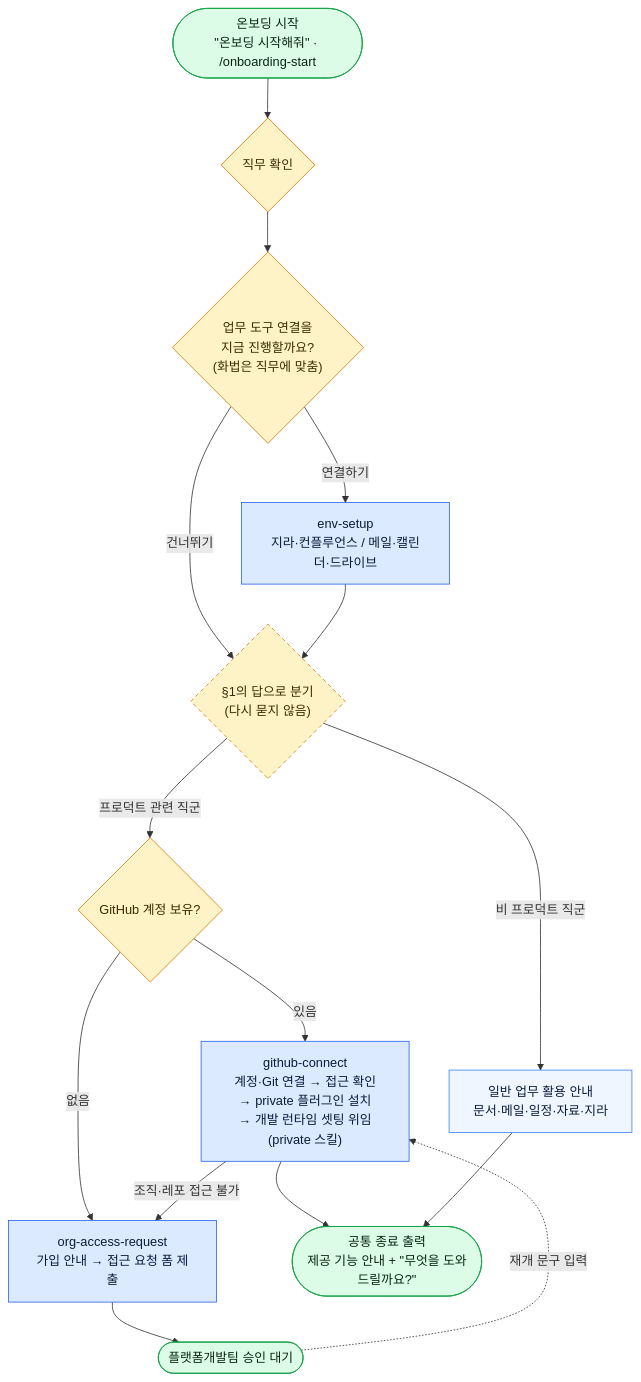
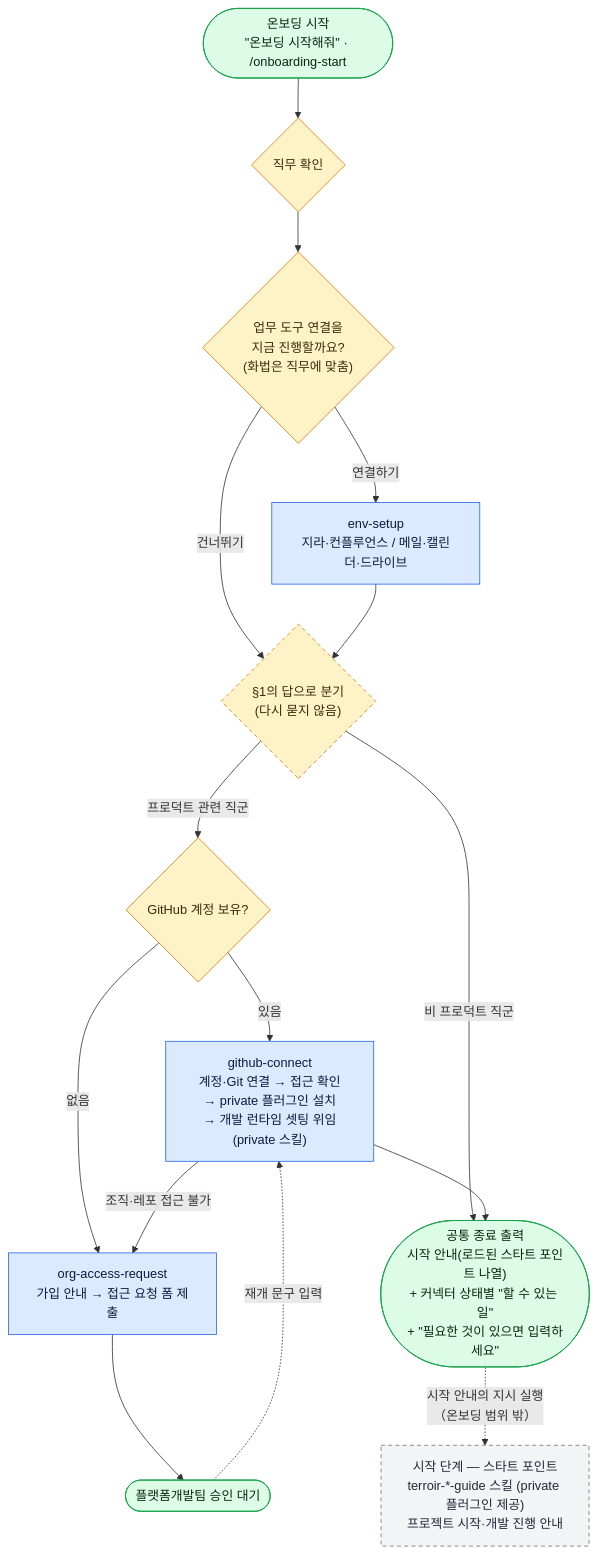
One commit to VntgCorp/terroir-claude-plugin-public changed the diagram in plugins/terroir-onboarding/README.md. Above: the diagram before and after it, drawn with Mermaid. The commit also changed other lines of this file and 4 other files, not shown here.

First line of the commit message:
feat(onboarding): 온보딩 종료 출력을 시작 안내 + 커넥터 상태 표로 개편 [RDDP-1516] (#26)

````diff
--- a/plugins/terroir-onboarding/README.md
+++ b/plugins/terroir-onboarding/README.md
@@ -34,46 +36,46 @@
 ```mermaid
 flowchart TD
     START(["온보딩 시작<br/>&quot;온보딩 시작해줘&quot; · /onboarding-start"])
 
     Q1{"직무 확인"}
     Q2{"업무 도구 연결을<br/>지금 진행할까요?<br/>(화법은 직무에 맞춤)"}
     ENV["env-setup<br/>지라·컨플루언스 / 메일·캘린더·드라이브"]
     BR{"§1의 답으로 분기<br/>(다시 묻지 않음)"}
     Q3{"GitHub 계정 보유?"}
 
     GH["github-connect<br/>계정·Git 연결 → 접근 확인<br/>→ private 플러그인 설치<br/>→ 개발 런타임 셋팅 위임(private 스킬)"]
     OA["org-access-request<br/>가입 안내 → 접근 요청 폼 제출"]
     WAIT(["플랫폼개발팀 승인 대기"])
-    NP["일반 업무 활용 안내<br/>문서·메일·일정·자료·지라"]
 
-    END(["공통 종료 출력<br/>제공 기능 안내 + &quot;무엇을 도와드릴까요?&quot;"])
+    END(["공통 종료 출력<br/>시작 안내(로드된 스타트 포인트 나열)<br/>+ 커넥터 상태별 &quot;할 수 있는 일&quot;<br/>+ &quot;필요한 것이 있으면 입력하세요&quot;"])
+    SP["시작 단계 — 스타트 포인트<br/>terroir-*-guide 스킬 (private 플러그인 제공)<br/>프로젝트 시작·개발 진행 안내"]
 
     START --> Q1
     Q1 --> Q2
     Q2 -->|연결하기| ENV
     Q2 -->|건너뛰기| BR
     ENV --> BR
 
     BR -->|프로덕트 관련 직군| Q3
-    BR -->|비 프로덕트 직군| NP
+    BR -->|비 프로덕트 직군| END
 
     Q3 -->|있음| GH
     Q3 -->|없음| OA
     GH -->|조직·레포 접근 불가| OA
     OA --> WAIT
     WAIT -.->|재개 문구 입력| GH
 
     GH --> END
-    NP --> END
+    END -.->|시작 안내의 지시 실행<br/>（온보딩 범위 밖）| SP
 
     classDef skill fill:#dbeafe,stroke:#2563eb,color:#0b1b3a
     classDef gate fill:#fef3c7,stroke:#d97706,color:#3a2a05
     classDef term fill:#dcfce7,stroke:#16a34a,color:#0a2612
-    classDef step fill:#eff6ff,stroke:#3b82f6,color:#0b1b3a
     classDef branch fill:#fef3c7,stroke:#d97706,color:#3a2a05,stroke-dasharray:5 4
+    classDef ext fill:#f3f4f6,stroke:#6b7280,color:#1f2937,stroke-dasharray:5 4
     class ENV,GH,OA skill
     class Q1,Q2,Q3 gate
     class BR branch
     class START,END,WAIT term
-    class NP step
+    class SP ext
 ```
````
